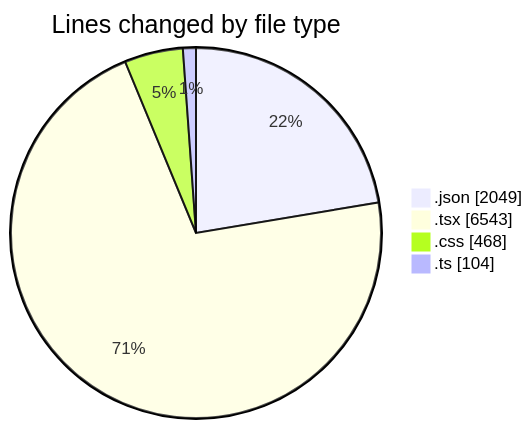
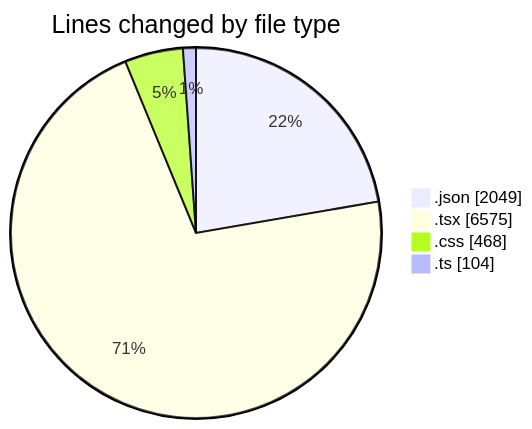
Before and after one commit to EIIisD/code-tracking: the first of 2 diagrams in 2025-08-14/ribbon/README.md, drawn with Mermaid. The commit also changed other lines of this file and 1 other file, not shown here.

````diff
--- a/2025-08-14/ribbon/README.md
+++ b/2025-08-14/ribbon/README.md
@@ -29,8 +29,8 @@
 ```mermaid
 pie showData
 title Lines changed by file type
 ".json" : 2049
-".tsx" : 6543
+".tsx" : 6575
 ".css" : 468
 ".ts" : 104
 ```
````
